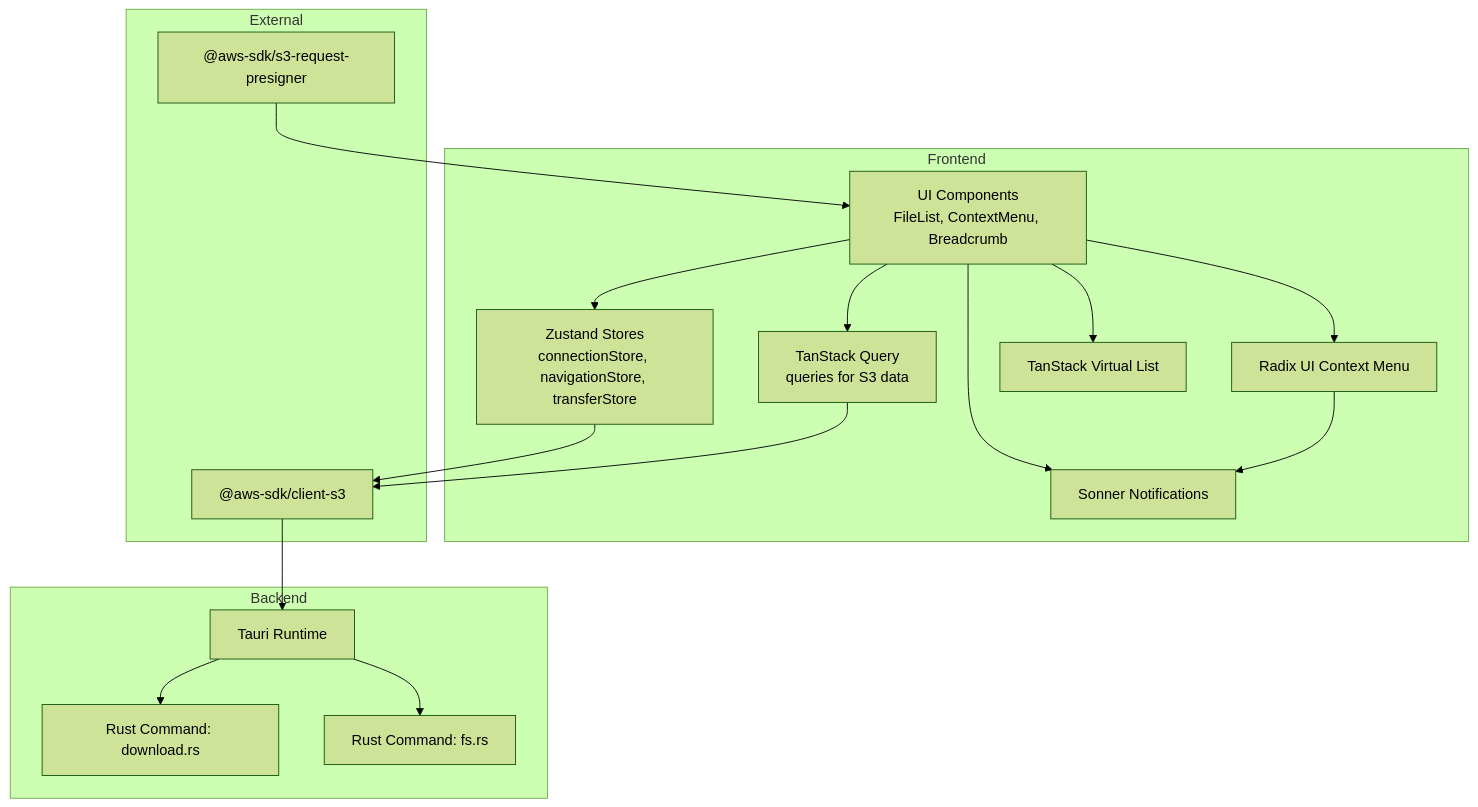
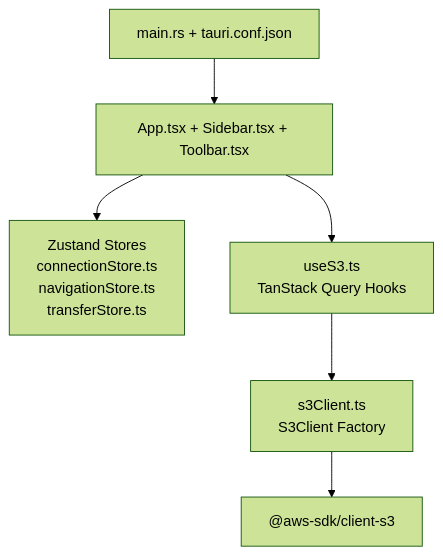
Before and after one commit to nasrulhadi/s3-explorer: the second of 7 diagrams in .qoder/repowiki/en/content/Core Features/Core Features.md, drawn with Mermaid (forest theme). The commit also changed other lines of this file and 46 other files, not shown here.

Commit message:
Context menu (right-click), modal/popup add connections, regenerate wiki

````diff
--- a/.qoder/repowiki/en/content/Core Features/Core Features.md
+++ b/.qoder/repowiki/en/content/Core Features/Core Features.md
@@ -203,32 +124,14 @@
 ```mermaid
 graph TB
-subgraph "Frontend"
-UI["UI Components<br/>FileList, ContextMenu, Breadcrumb"]
-STATE["Zustand Stores<br/>connectionStore, navigationStore, transferStore"]
-QUERY["TanStack Query<br/>queries for S3 data"]
-CMENU["Radix UI Context Menu"]
-VIRT["TanStack Virtual List"]
-TOAST["Sonner Notifications"]
-end
-subgraph "Backend"
-TAURI["Tauri Runtime"]
-CMD_DL["Rust Command: download.rs"]
-CMD_FS["Rust Command: fs.rs"]
-end
-subgraph "External"
-S3["@aws-sdk/client-s3"]
-PRESIGN["@aws-sdk/s3-request-presigner"]
-end
-UI --> STATE
-UI --> QUERY
-UI --> CMENU
-UI --> VIRT
-UI --> TOAST
-STATE --> S3
-QUERY --> S3
-CMENU --> TOAST
-TAURI --> CMD_DL
-TAURI --> CMD_FS
-S3 --> TAURI
-PRESIGN --> UI
+UI["App.tsx + Sidebar.tsx + Toolbar.tsx"]
+State["Zustand Stores<br/>connectionStore.ts<br/>navigationStore.ts<br/>transferStore.ts"]
+Hooks["useS3.ts<br/>TanStack Query Hooks"]
+Client["s3Client.ts<br/>S3Client Factory"]
+SDK["@aws-sdk/client-s3"]
+Tauri["main.rs + tauri.conf.json"]
+UI --> State
+UI --> Hooks
+Hooks --> Client
+Client --> SDK
+Tauri --> UI
 ```
````
